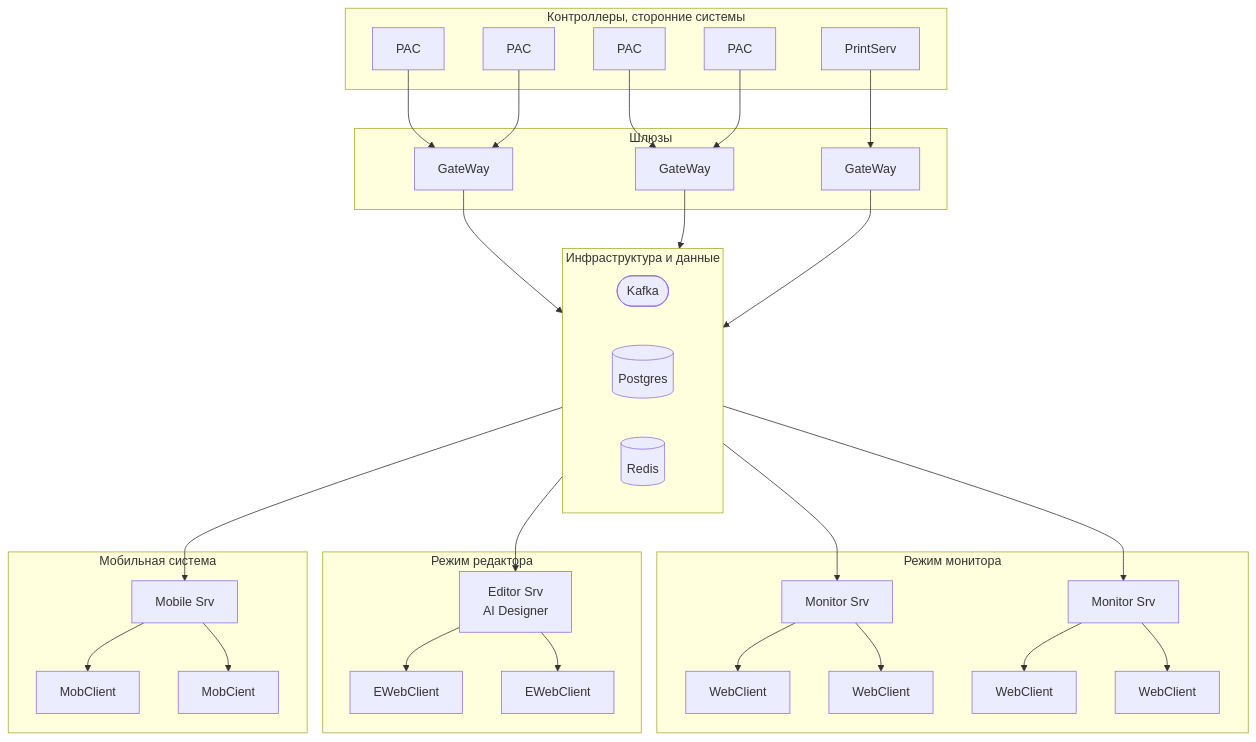
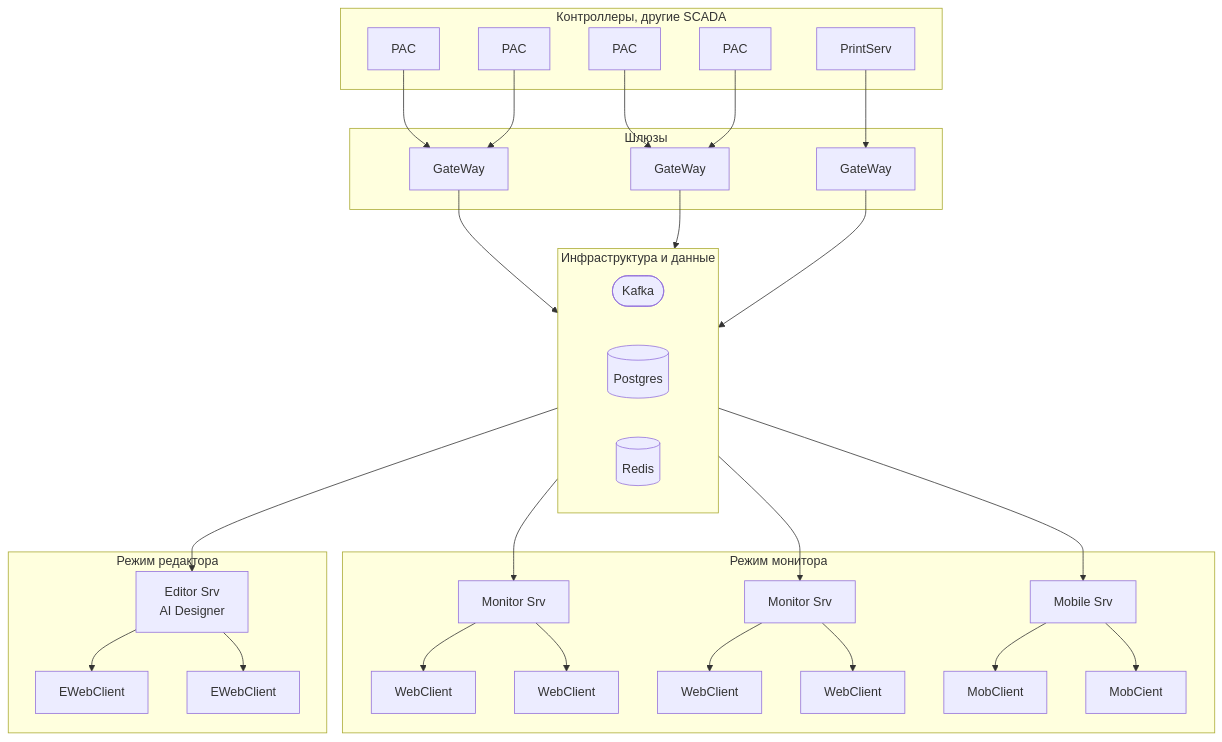
Before and after one commit to savushkin-dev/scada-docs: the diagram in architecture.md, drawn with Mermaid.

Commit message:
Add architectur

````diff
--- a/architecture.md
+++ b/architecture.md
@@ -2,79 +2,76 @@
 ```mermaid
 graph TD
-    subgraph "Контроллеры, сторонние системы"
+    subgraph "Контроллеры, другие SCADA"
         C1["PAC"]
         C2["PAC"]
         C3["PAC"]
         C4["PAC"]
         C5["PrintServ"]
     end
 
     subgraph "Шлюзы"
         gw1["GateWay"]
         gw2["GateWay"]
         gw3["GateWay"]
     end
 
         subgraph "Режим монитора"
             MSrv1["Monitor Srv"]
             MSrv2["Monitor Srv"]
             Mc1["WebClient"]
             Mc2["WebClient"]
             Mc3["WebClient"]
             Mc4["WebClient"]
+            MobSrv["Mobile Srv"]
+            Mob1["MobClient"]
+            Mob2["MobCient"]
         end
 
         subgraph "Режим редактора"
             ESrv["Editor Srv <br/> AI Designer"]
             Ec1["EWebClient"]
             Ec2["EWebClient"]
-        end
-
-        subgraph "Мобильная система"
-            MobSrv["Mobile Srv"]
-            Mob1["MobClient"]
-            Mob2["MobCient"]
         end
 
     subgraph "Инфраструктура и данные"
         direction LR
         Kafka([Kafka])
         Postgres[(Postgres)]
         Redis[(Redis)]
     end
 
     %% --- Соединения ---
 
     %% Клиенты -> Шлюзы
     C1 & C2 --> gw1
     C3 & C4 --> gw2
     C5 --> gw3
 
     %% Шлюзы -> Kafka -> Мониторинг
     gw1 --> Kafka
     gw2 --> Kafka
     gw3 --> Kafka
     Kafka --> MSrv1
     Kafka --> MSrv2
     Kafka --> MobSrv
     Kafka --> ESrv
 
     %%    Postgres --> MSrv1
     %%    Postgres --> MSrv2
     %%    Postgres --> MobSrv
     %%    Redis --> MSrv1
     %%    Redis --> MSrv2
     %%    Redis --> MobSrv
 
 
     %% Сервисы мониторинга -> Mc
     MSrv1 --> Mc1 & Mc2
     MSrv2 --> Mc3 & Mc4
 
     %% Соединения системы редактора
     ESrv --> Ec1 & Ec2  
 
     %% Соединения мобильной системы
     MobSrv --> Mob1 & Mob2
 
 ```
````
